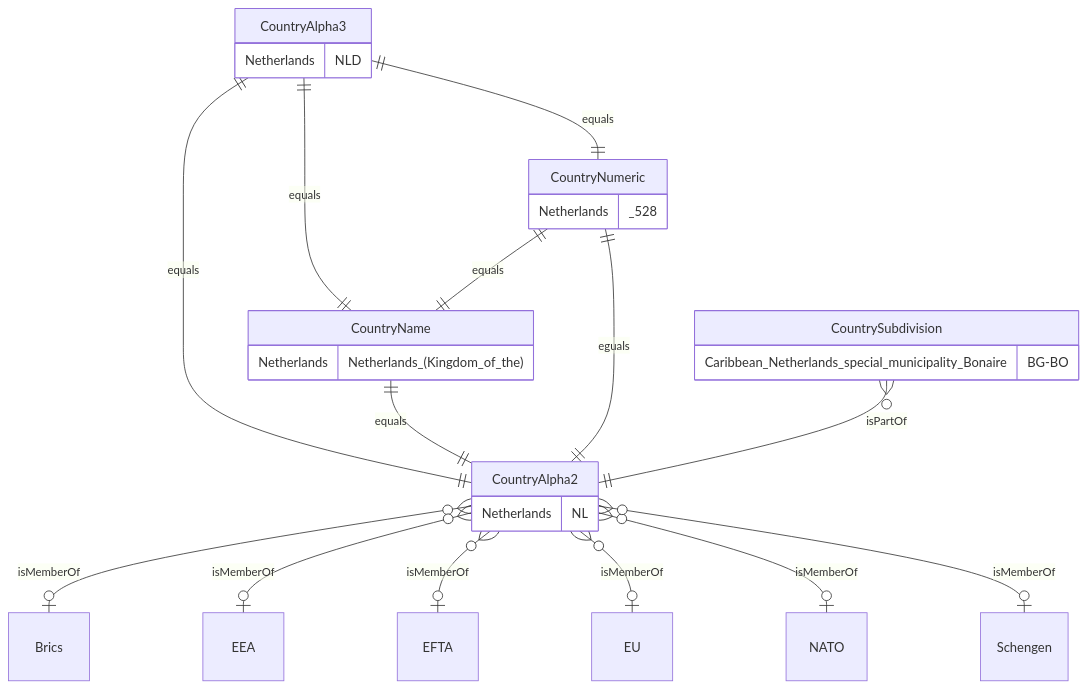
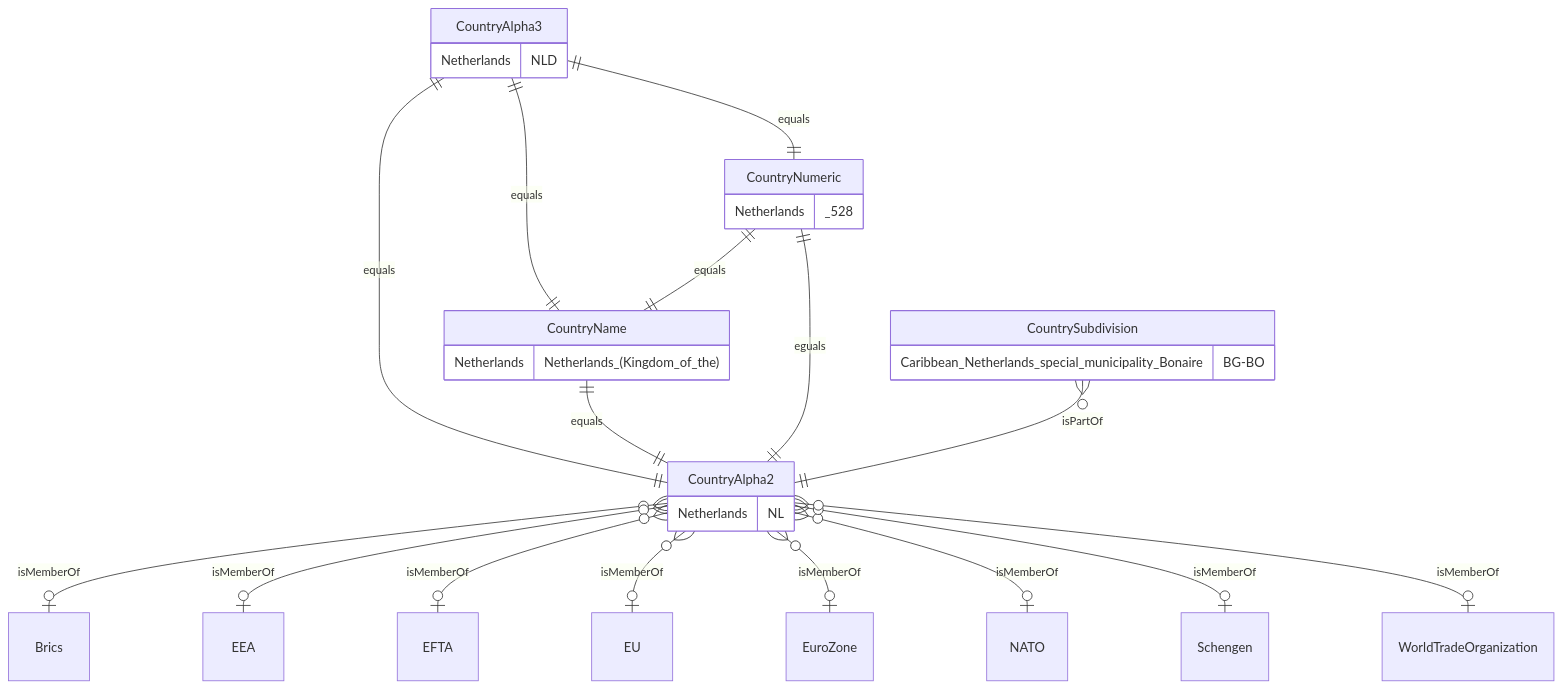
The second of 3 diagrams in README.md (PrinsFrank/standards), drawn with Mermaid before and after one commit. The commit also changed other lines of this file and 5 other files, not shown here.

Commit message:
Add World Trade Organization group (#322)

````diff
--- a/README.md
+++ b/README.md
@@ -228,39 +231,41 @@
 ```mermaid
 erDiagram
     CountryAlpha3 ||--|| CountryName: equals
     CountryAlpha3 ||--|| CountryAlpha2: equals
     CountryAlpha3 ||--|| CountryNumeric: equals
 
     CountryNumeric ||--|| CountryName: equals
 
     CountryName ||--|| CountryAlpha2: equals
     CountryNumeric ||--|| CountryAlpha2: eguals
 
     CountryAlpha2 {
         Netherlands NL
     }
 
     CountryAlpha3 {
         Netherlands NLD
     }
 
     CountryNumeric {
         Netherlands _528
     }
 
     CountryName {
         Netherlands Netherlands_(Kingdom_of_the)
     }
     
     CountrySubdivision {
         Caribbean_Netherlands_special_municipality_Bonaire BG-BO 
     }
 
     CountryAlpha2 }o--o| Brics: isMemberOf
     CountryAlpha2 }o--o| EEA: isMemberOf
     CountryAlpha2 }o--o| EFTA: isMemberOf
     CountryAlpha2 }o--o| EU: isMemberOf
+    CountryAlpha2 }o--o| EuroZone: isMemberOf
     CountryAlpha2 }o--o| NATO: isMemberOf
     CountryAlpha2 }o--o| Schengen: isMemberOf
+    CountryAlpha2 }o--o| WorldTradeOrganization: isMemberOf
     CountrySubdivision }o--|| CountryAlpha2: isPartOf
 ```
````
